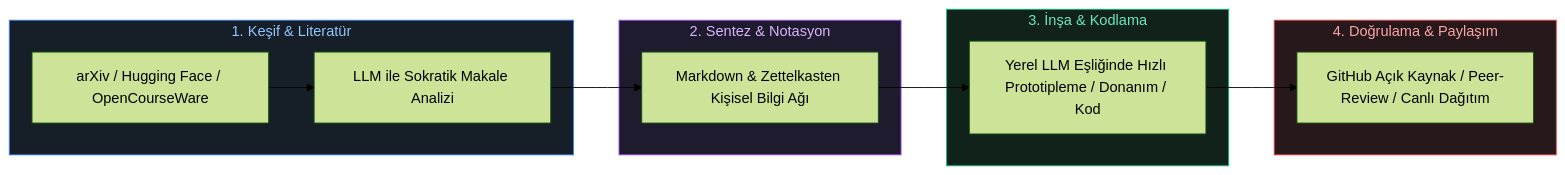
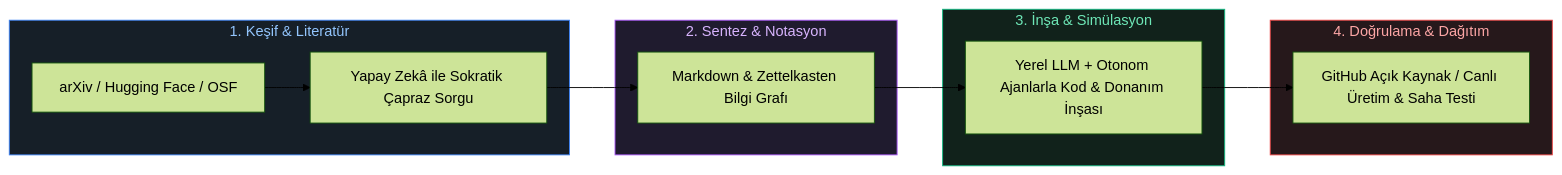
One commit to arch-yunus/idrakin-deli-gomlegi changed the fourth of 5 diagrams in README.md. Above: the diagram before and after it, drawn with Mermaid (forest theme). The commit also changed other lines of this file, not shown here.

Commit message:
docs(manifesto): expand README with publishing cartels, Ahilik vs lecture hall alienation, AI autonomous polymath architecture, 10-point Open Science standard, and rich philosophical quotes

````diff
--- a/README.md
+++ b/README.md
@@ -420,23 +505,23 @@
 ```mermaid
 graph LR
-    subgraph Adım1 ["1. Keşif & Literatür"]
-        A[arXiv / Hugging Face / OpenCourseWare] --> B[LLM ile Sokratik Makale Analizi]
+    subgraph Adim1 ["1. Keşif & Literatür"]
+        A[arXiv / Hugging Face / OSF] --> B[Yapay Zekâ ile Sokratik Çapraz Sorgu]
     end
 
-    subgraph Adım2 ["2. Sentez & Notasyon"]
-        B --> C[Markdown & Zettelkasten Kişisel Bilgi Ağı]
+    subgraph Adim2 ["2. Sentez & Notasyon"]
+        B --> C[Markdown & Zettelkasten Bilgi Grafı]
     end
 
-    subgraph Adım3 ["3. İnşa & Kodlama"]
-        C --> D[Yerel LLM Eşliğinde Hızlı Prototipleme / Donanım / Kod]
+    subgraph Adim3 ["3. İnşa & Simülasyon"]
+        C --> D[Yerel LLM + Otonom Ajanlarla Kod & Donanım İnşası]
     end
 
-    subgraph Adım4 ["4. Doğrulama & Paylaşım"]
-        D --> E[GitHub Açık Kaynak / Peer-Review / Canlı Dağıtım]
+    subgraph Adim4 ["4. Doğrulama & Dağıtım"]
+        D --> E[GitHub Açık Kaynak / Canlı Üretim & Saha Testi]
     end
 
-    style Adım1 fill:#161f28,stroke:#3b82f6,color:#93c5fd
-    style Adım2 fill:#1f1b2e,stroke:#a855f7,color:#d8b4fe
-    style Adım3 fill:#11221b,stroke:#10b981,color:#6ee7b7
-    style Adım4 fill:#26181b,stroke:#ef4444,color:#fca5a5
+    style Adim1 fill:#161f28,stroke:#3b82f6,color:#93c5fd
+    style Adim2 fill:#1f1b2e,stroke:#a855f7,color:#d8b4fe
+    style Adim3 fill:#11221b,stroke:#10b981,color:#6ee7b7
+    style Adim4 fill:#26181b,stroke:#ef4444,color:#fca5a5
 ```
````
